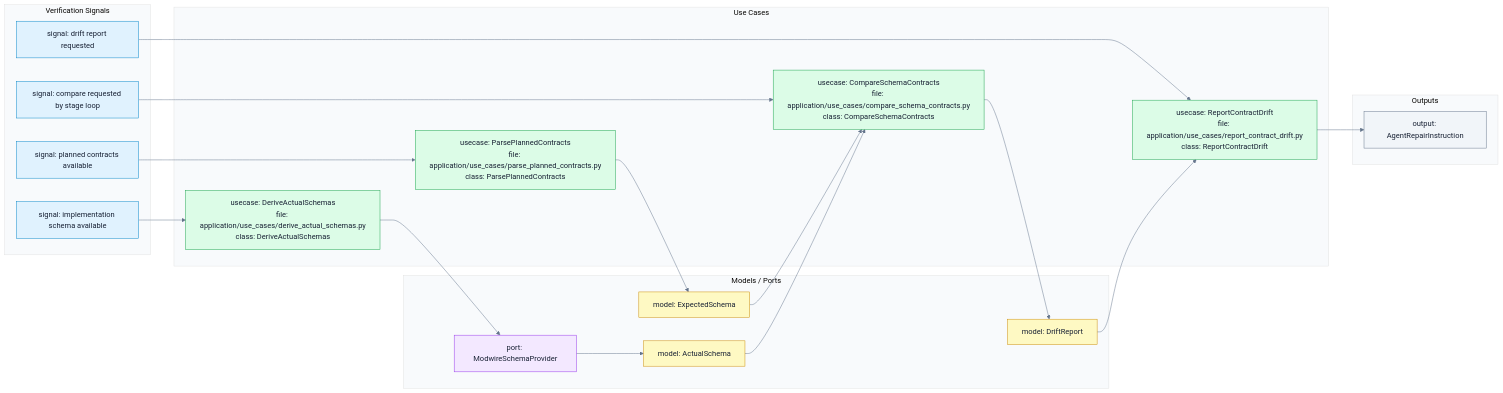
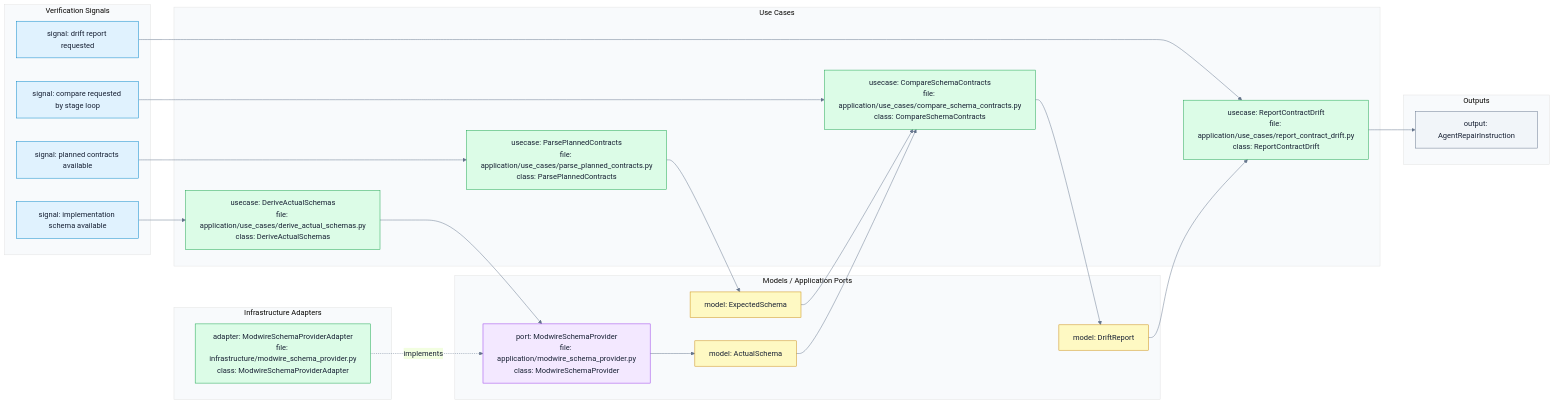
One commit to 9orky/enclosure changed the diagram in .enclosure/plans/planning-workflow/epics/schema-contract-verification/flows.mermaid. Above: the diagram before and after it, drawn with Mermaid. The commit also changed 19 other files, not shown here.

```diff
--- a/.enclosure/plans/planning-workflow/epics/schema-contract-verification/flows.mermaid
+++ b/.enclosure/plans/planning-workflow/epics/schema-contract-verification/flows.mermaid
@@ -1,51 +1,58 @@
 %% contract: flow
 %%{init: {"theme": "base", "themeVariables": {"primaryColor": "#e0f2fe", "primaryTextColor": "#172033", "primaryBorderColor": "#0284c7", "lineColor": "#64748b", "tertiaryColor": "#f8fafc"}}}%%
 flowchart LR
     subgraph signals["Verification Signals"]
       signal_parse["signal: planned contracts available"]
       signal_actual["signal: implementation schema available"]
       signal_compare["signal: compare requested by stage loop"]
       signal_report["signal: drift report requested"]
     end
 
     subgraph use_cases["Use Cases"]
       uc_parse["usecase: ParsePlannedContracts\nfile: application/use_cases/parse_planned_contracts.py\nclass: ParsePlannedContracts"]
       uc_actual["usecase: DeriveActualSchemas\nfile: application/use_cases/derive_actual_schemas.py\nclass: DeriveActualSchemas"]
       uc_compare["usecase: CompareSchemaContracts\nfile: application/use_cases/compare_schema_contracts.py\nclass: CompareSchemaContracts"]
       uc_report["usecase: ReportContractDrift\nfile: application/use_cases/report_contract_drift.py\nclass: ReportContractDrift"]
     end
 
-    subgraph models_ports["Models / Ports"]
+    subgraph models_ports["Models / Application Ports"]
       expected["model: ExpectedSchema"]
-      modwire["port: ModwireSchemaProvider"]
+      modwire["port: ModwireSchemaProvider\nfile: application/modwire_schema_provider.py\nclass: ModwireSchemaProvider"]
       actual["model: ActualSchema"]
       drift["model: DriftReport"]
+    end
+
+    subgraph adapters["Infrastructure Adapters"]
+      modwire_adapter["adapter: ModwireSchemaProviderAdapter\nfile: infrastructure/modwire_schema_provider.py\nclass: ModwireSchemaProviderAdapter"]
     end
 
     subgraph outputs["Outputs"]
       agent["output: AgentRepairInstruction"]
     end
 
     signal_parse --> uc_parse
     signal_actual --> uc_actual
     signal_compare --> uc_compare
     signal_report --> uc_report
     uc_parse --> expected
     uc_actual --> modwire
     modwire --> actual
     expected --> uc_compare
     actual --> uc_compare
     uc_compare --> drift
     drift --> uc_report
     uc_report --> agent
+    modwire_adapter -. implements .-> modwire
 
     classDef signal fill:#e0f2fe,stroke:#0284c7,color:#172033;
     classDef usecase fill:#dcfce7,stroke:#16a34a,color:#172033;
     classDef model fill:#fef9c3,stroke:#ca8a04,color:#172033;
     classDef port fill:#f3e8ff,stroke:#9333ea,color:#172033;
+    classDef adapter fill:#dcfce7,stroke:#16a34a,color:#172033;
     classDef output fill:#f1f5f9,stroke:#64748b,color:#172033;
     class signal_parse,signal_actual,signal_compare,signal_report signal;
     class uc_parse,uc_actual,uc_compare,uc_report usecase;
     class expected,actual,drift model;
     class modwire port;
+    class modwire_adapter adapter;
     class agent output;
```
